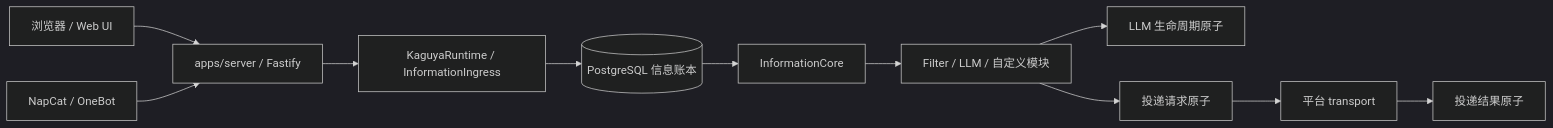
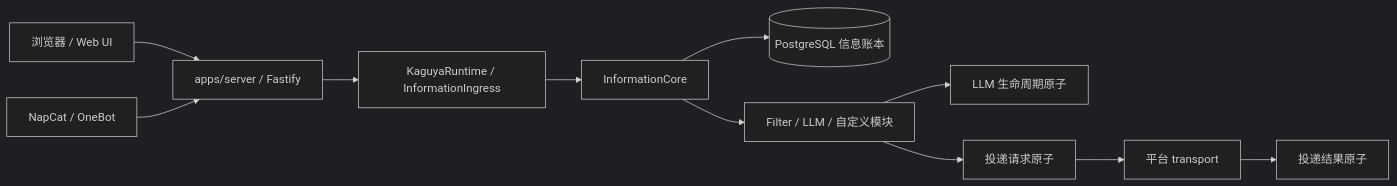
Before and after one commit to posanbu/Kaguya: the first of 2 diagrams in docs/developers/architecture.md, drawn with Mermaid (dark theme). The commit also changed other lines of this file and 5 other files, not shown here.

````diff
--- a/docs/developers/architecture.md
+++ b/docs/developers/architecture.md
@@ -14,13 +14,13 @@
 ```mermaid
 flowchart LR
   Browser[浏览器 / Web UI] --> Server[apps/server / Fastify]
   NapCat[NapCat / OneBot] --> Server
   Server --> Runtime[KaguyaRuntime / InformationIngress]
-  Runtime --> Ledger[(PostgreSQL 信息账本)]
-  Ledger --> Core[InformationCore]
+  Runtime --> Core[InformationCore]
+  Core --> Ledger[(PostgreSQL 信息账本)]
   Core --> Modules[Filter / LLM / 自定义模块]
   Modules --> LLM[LLM 生命周期原子]
   Modules --> Delivery[投递请求原子]
   Delivery --> Transport[平台 transport]
   Transport --> Receipt[投递结果原子]
 ```
````
